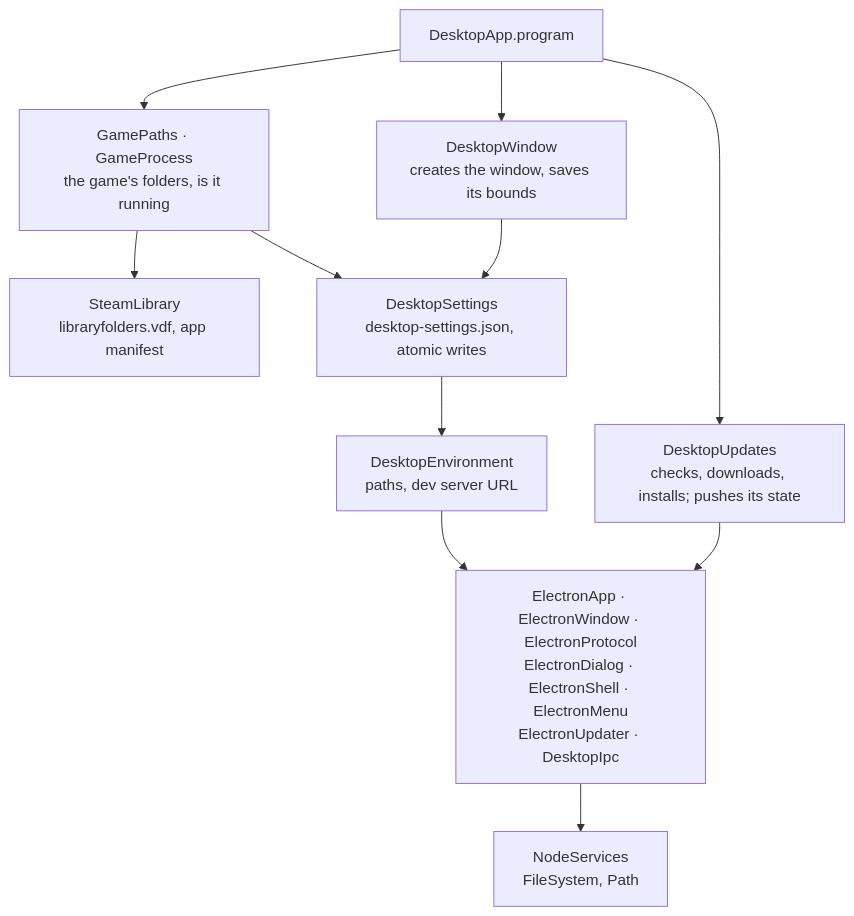
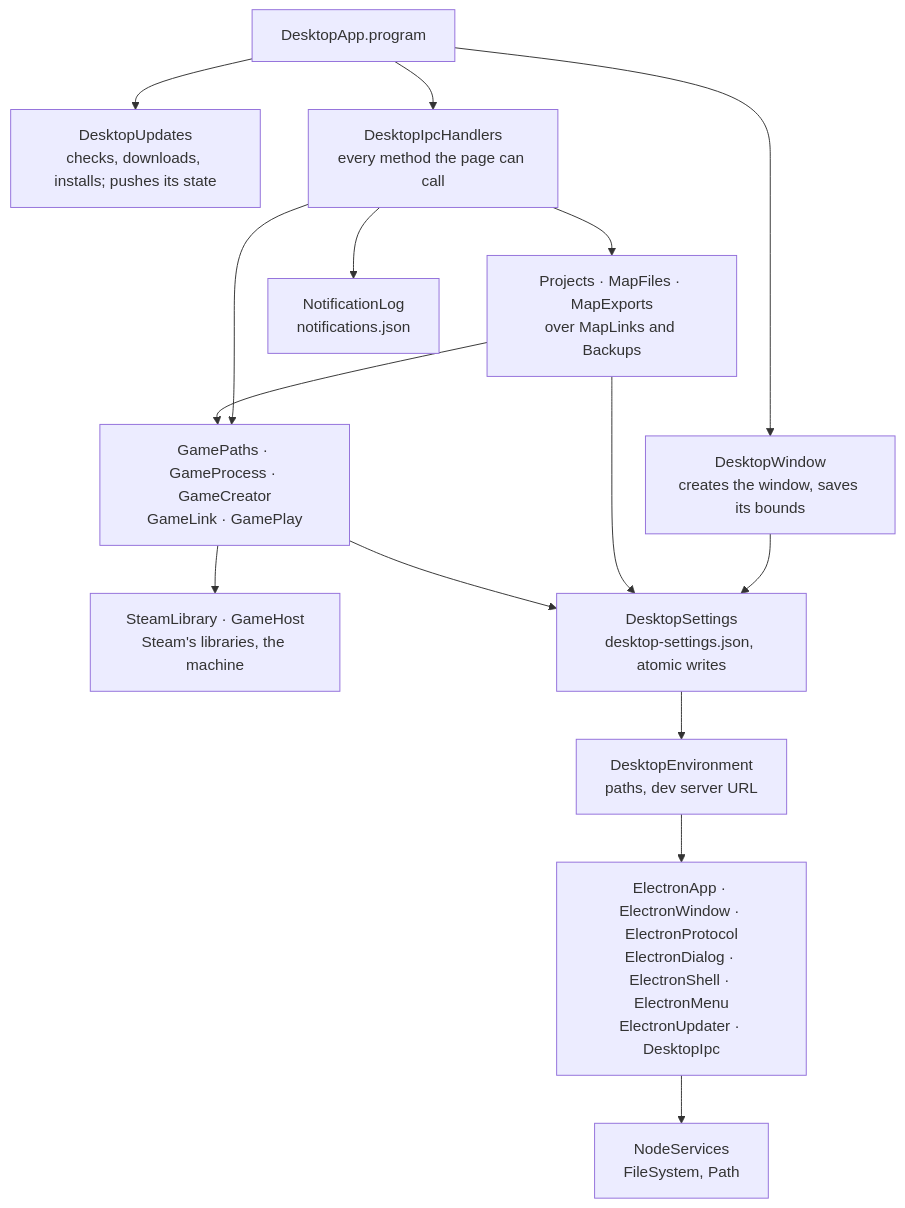
One commit to ballest-editor/ballest-editor changed the third of 3 diagrams in apps/desktop/README.md. Above: the diagram before and after it, drawn with Mermaid. The commit also changed other lines of this file and 15 other files, not shown here.

````diff
--- a/apps/desktop/README.md
+++ b/apps/desktop/README.md
@@ -89,13 +115,17 @@
 ```mermaid
 flowchart TB
   program[DesktopApp.program] --> window[DesktopWindow<br/>creates the window, saves its bounds]
-  program --> game[GamePaths · GameProcess<br/>the game's folders, is it running]
-  game --> steam[SteamLibrary<br/>libraryfolders.vdf, app manifest]
+  program --> updates[DesktopUpdates<br/>checks, downloads, installs; pushes its state]
+  program --> ipc[DesktopIpcHandlers<br/>every method the page can call]
+  ipc --> project[Projects · MapFiles · MapExports<br/>over MapLinks and Backups]
+  ipc --> game[GamePaths · GameProcess · GameCreator<br/>GameLink · GamePlay]
+  ipc --> notifications[NotificationLog<br/>notifications.json]
+  project --> game
+  game --> steam[SteamLibrary · GameHost<br/>Steam's libraries, the machine]
+  window --> settings[DesktopSettings<br/>desktop-settings.json, atomic writes]
+  project --> settings
   game --> settings
-  window --> settings[DesktopSettings<br/>desktop-settings.json, atomic writes]
   settings --> env[DesktopEnvironment<br/>paths, dev server URL]
   env --> electron["ElectronApp · ElectronWindow · ElectronProtocol<br/>ElectronDialog · ElectronShell · ElectronMenu<br/>ElectronUpdater · DesktopIpc"]
   electron --> node[NodeServices<br/>FileSystem, Path]
-  program --> updates[DesktopUpdates<br/>checks, downloads, installs; pushes its state]
-  updates --> electron
 ```
````
